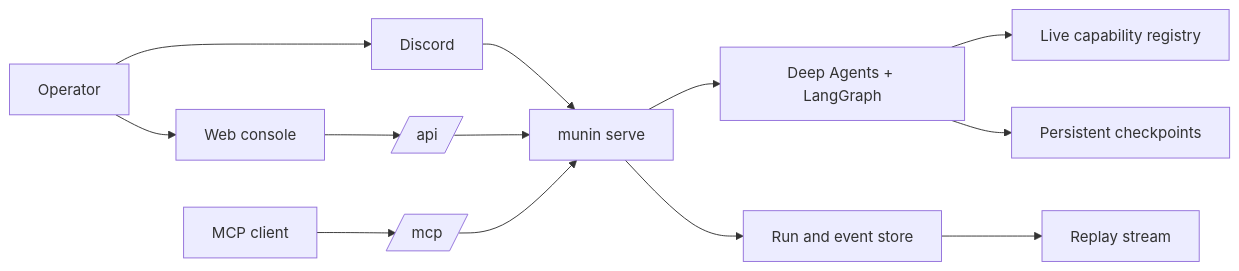
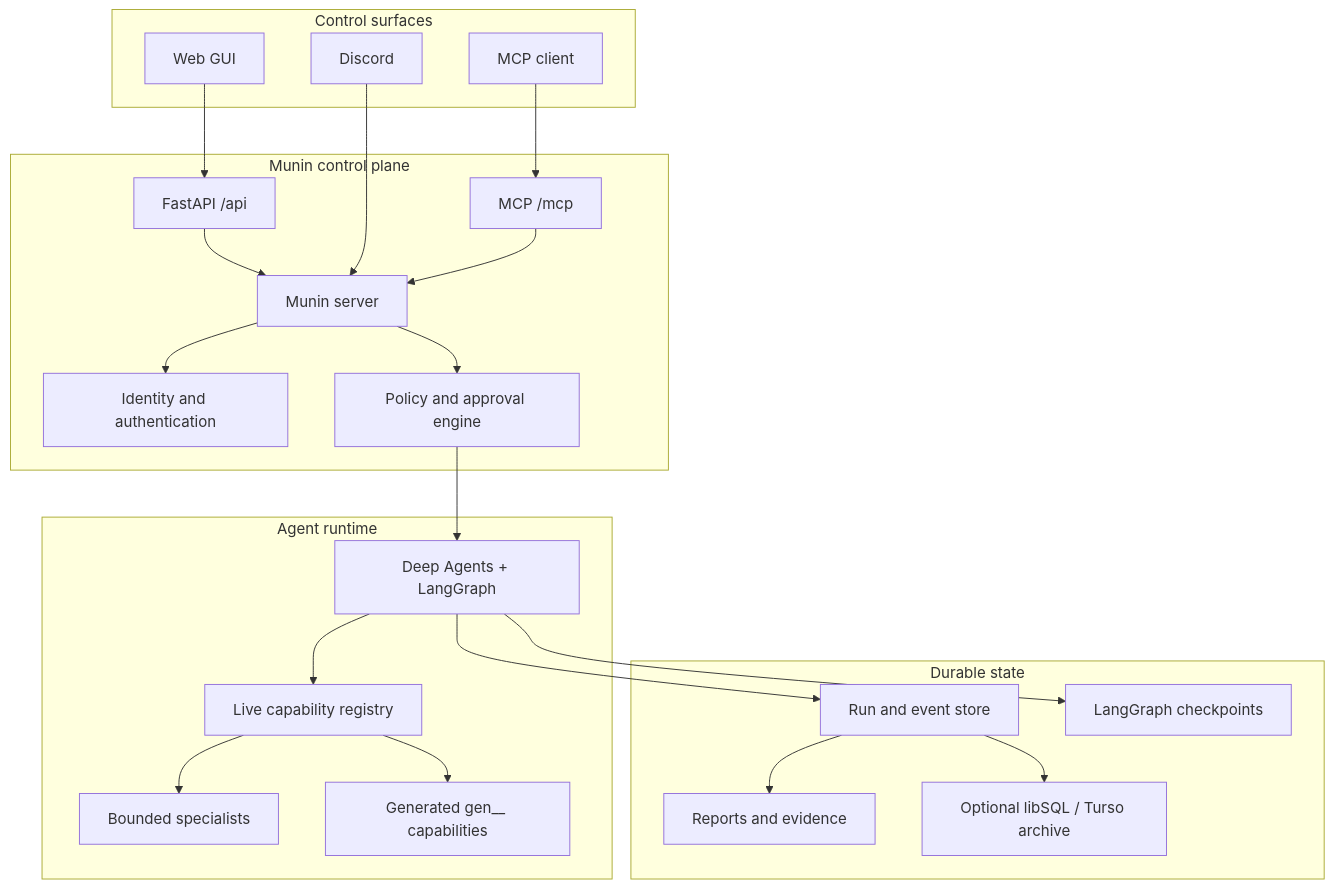
The third of 9 diagrams in README.md (PrinceOfPwn/Munin), drawn with Mermaid before and after one commit. The commit also changed other lines of this file and 16 other files, not shown here.

````diff
--- a/README.md
+++ b/README.md
@@ -38,15 +135,43 @@
 ```mermaid
-flowchart LR
-    Operator[Operator] --> Web[Web console]
-    Operator --> Discord[Discord]
-    Client[MCP client] --> MCP[/mcp/]
-    Web --> API[/api/]
-    Discord --> Server[munin serve]
-    API --> Server
-    MCP --> Server
-    Server --> Runtime[Deep Agents + LangGraph]
-    Runtime --> Registry[Live capability registry]
-    Runtime --> Checkpoints[Persistent checkpoints]
-    Server --> Timeline[Run and event store]
-    Timeline --> Replay[Replay stream]
+flowchart TB
+    subgraph Interfaces[Control surfaces]
+        Web[Web GUI]
+        Discord[Discord]
+        MCPClient[MCP client]
+    end
+
+    subgraph Control[Munin control plane]
+        API[FastAPI /api]
+        MCP[MCP /mcp]
+        Server[Munin server]
+        Identity[Identity and authentication]
+        Policy[Policy and approval engine]
+    end
+
+    subgraph Runtime[Agent runtime]
+        Graph[Deep Agents + LangGraph]
+        Registry[Live capability registry]
+        Specialists[Bounded specialists]
+        Generated[Generated gen__ capabilities]
+    end
+
+    subgraph State[Durable state]
+        Timeline[Run and event store]
+        Checkpoints[LangGraph checkpoints]
+        Artifacts[Reports and evidence]
+        Archive[Optional libSQL / Turso archive]
+    end
+
+    Web --> API --> Server
+    Discord --> Server
+    MCPClient --> MCP --> Server
+    Server --> Identity
+    Server --> Policy --> Graph
+    Graph --> Registry
+    Registry --> Specialists
+    Registry --> Generated
+    Graph --> Timeline
+    Graph --> Checkpoints
+    Timeline --> Artifacts
+    Timeline --> Archive
 ```
````
